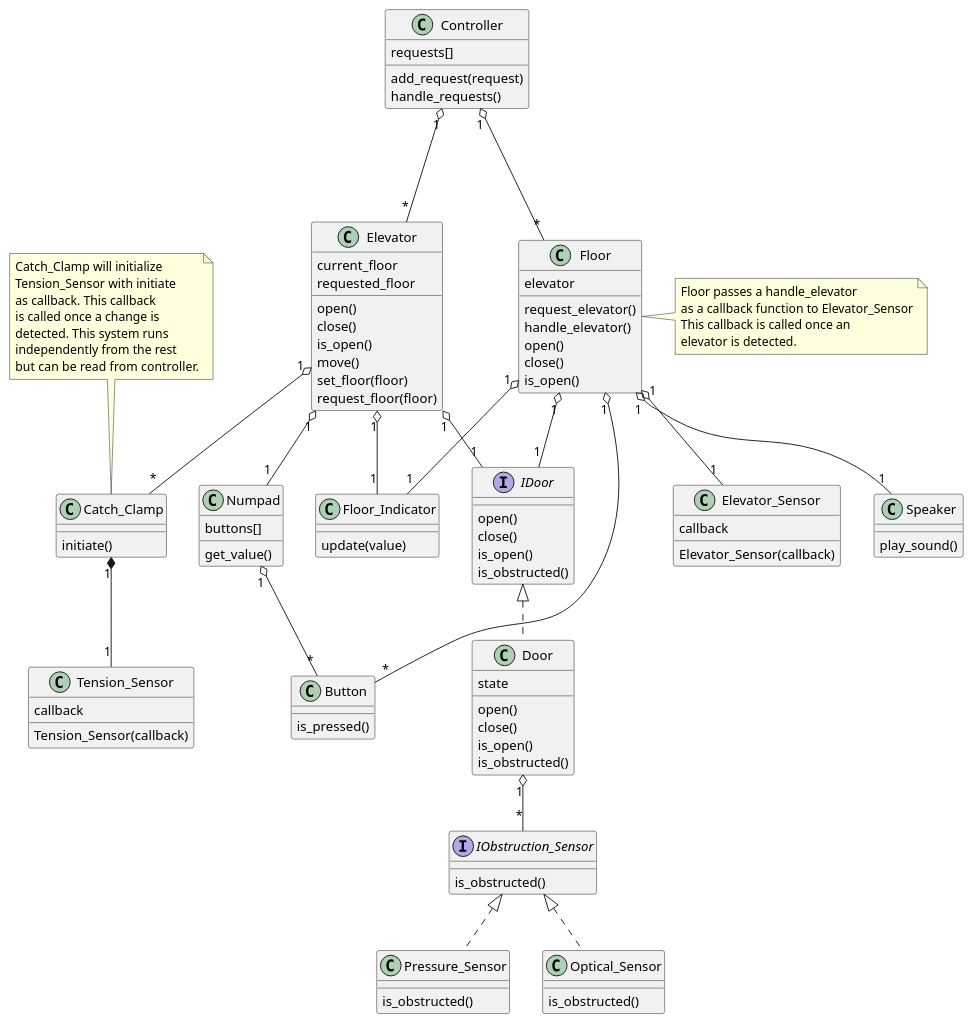
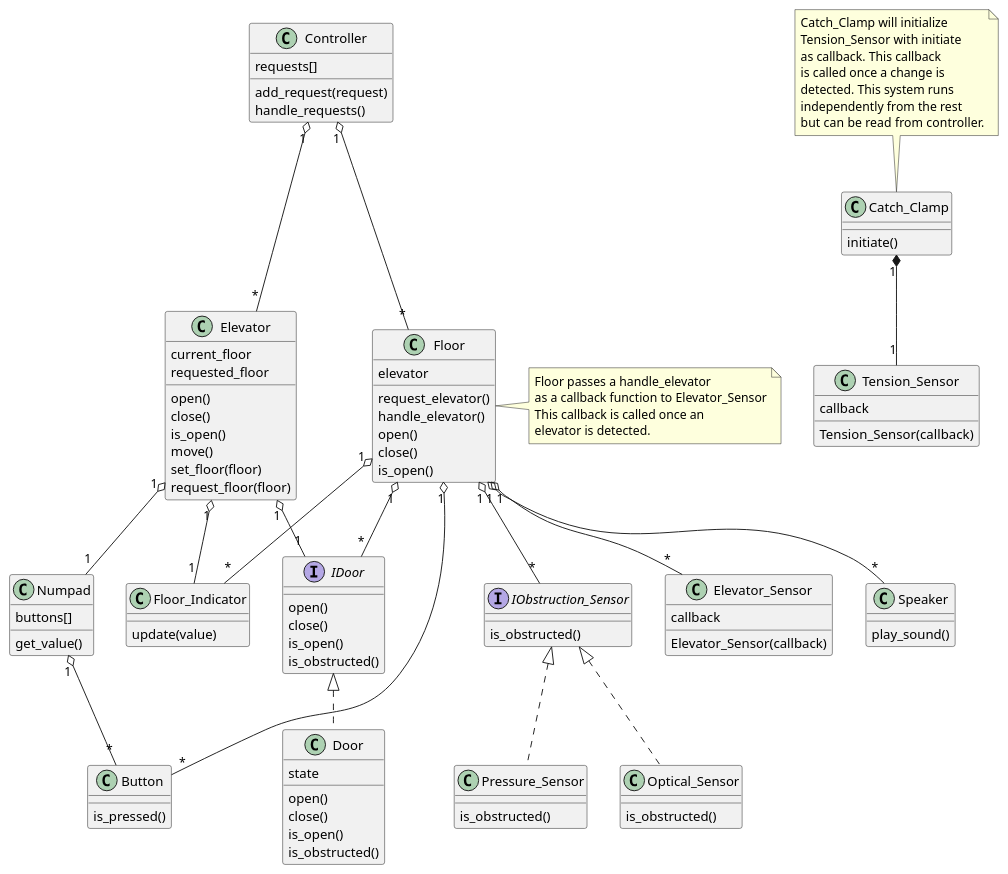
One commit to MarijnVerschuren/Tech changed the diagram in software/design/elevator/class_diagram.puml. Above: the diagram before and after it, drawn with PlantUML. The commit also changed 39 other files, not shown here.

```diff
--- a/software/design/elevator/class_diagram.puml
+++ b/software/design/elevator/class_diagram.puml
@@ -1,115 +1,115 @@
 @startuml
 'skinparam linetype ortho
 
 interface IDoor {
 	open()
 	close()
 	is_open()
 	is_obstructed()
 }
 interface IObstruction_Sensor {
 	is_obstructed()
 }
 
 class Controller {
 	requests[]
 
 	add_request(request)
 	handle_requests()
 }
 class Elevator {
 	current_floor
 	requested_floor
 
 	open()
 	close()
 	is_open()
 	move()
 	set_floor(floor)
 	request_floor(floor)
 }
 class Floor {
 	elevator
 
 	request_elevator()
 	handle_elevator()
 	open()
 	close()
 	is_open()
 }
 note right
 Floor passes a handle_elevator
 as a callback function to Elevator_Sensor
 This callback is called once an
 elevator is detected.
 end note
 class Door {
 	state
 
 	open()
 	close()
 	is_open()
 	is_obstructed()
 }
 class Pressure_Sensor {
 	is_obstructed()
 }
 class Optical_Sensor {
 	is_obstructed()
 }
 class Tension_Sensor {
 	callback
 
 	Tension_Sensor(callback)
 }
 class Catch_Clamp {
 	initiate()
 }
 note top
 Catch_Clamp will initialize
 Tension_Sensor with initiate
 as callback. This callback
 is called once a change is
 detected. This system runs
 independently from the rest
 but can be read from controller.
 end note
 class Floor_Indicator {
 	update(value)
 }
 class Elevator_Sensor {
 	callback
 
 	Elevator_Sensor(callback)
 }
 class Button {
 	is_pressed()
 }
 class Numpad {
 	buttons[]
 
 	get_value()
 }
 class Speaker {
 	play_sound()
 }
 
 Controller			"1" o--- "*"	Floor
 Controller			"1" o--- "*"	Elevator
 IDoor					<|..		Door
 Elevator			"1" o-- "1"		IDoor
-Floor				"1" o-- "1"		IDoor
-Door				"1" o-- "*"		IObstruction_Sensor
+Floor				"1" o-- "*"		IDoor
+Floor				"1" o-- "*"		IObstruction_Sensor
 IObstruction_Sensor		<|..		Pressure_Sensor
 IObstruction_Sensor		<|..		Optical_Sensor
 Elevator			"1" o-- "1"		Floor_Indicator
-Floor				"1" o-- "1"		Floor_Indicator
+Floor				"1" o-- "*"		Floor_Indicator
 Elevator			"1" o-- "1"		Numpad
 Floor				"1" o- "*"		Button
 Numpad				"1" o-- "*"		Button
-Floor				"1" o-- "1"		Elevator_Sensor
-Floor				"1" o-- "1"		Speaker
-Elevator			"1" o-- "*"		Catch_Clamp
+Floor				"1" o-- "*"		Elevator_Sensor
+Floor				"1" o-- "*"		Speaker
+
 Catch_Clamp			"1" *-- "1"		Tension_Sensor
 
 @enduml
```
